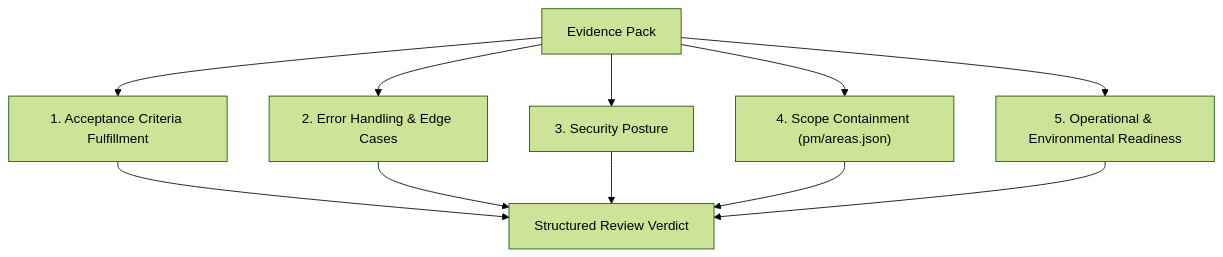
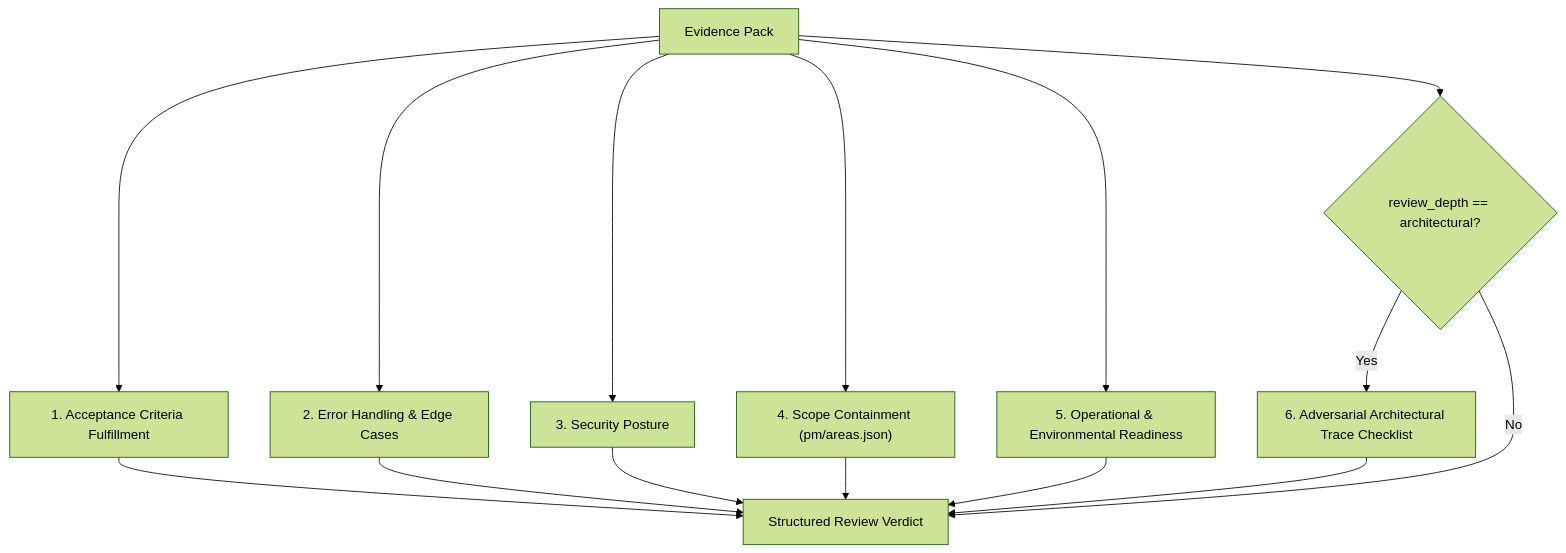
The diagram in standards/TIER_1_REVIEWER_SPEC.md (hanyihtang2/ways-of-working), drawn with Mermaid (forest theme) before and after one commit. The commit also changed other lines of this file and 19 other files, not shown here.

Commit message:
feat(standards): add pre-coding spec challenge, architectural auto-escalation, and adversarial review checks

````diff
--- a/standards/TIER_1_REVIEWER_SPEC.md
+++ b/standards/TIER_1_REVIEWER_SPEC.md
@@ -75,13 +80,17 @@
 ```mermaid
 flowchart TD
     Pack["Evidence Pack"] --> A["1. Acceptance Criteria Fulfillment"]
     Pack --> B["2. Error Handling & Edge Cases"]
     Pack --> C["3. Security Posture"]
     Pack --> D["4. Scope Containment (pm/areas.json)"]
     Pack --> E["5. Operational & Environmental Readiness"]
-    A --> Verdict["Structured Review Verdict"]
+    Pack --> Depth{"review_depth == architectural?"}
+    Depth -->|Yes| F["6. Adversarial Architectural Trace Checklist"]
+    Depth -->|No| Verdict["Structured Review Verdict"]
+    A --> Verdict
     B --> Verdict
     C --> Verdict
     D --> Verdict
     E --> Verdict
+    F --> Verdict
 ```
````
